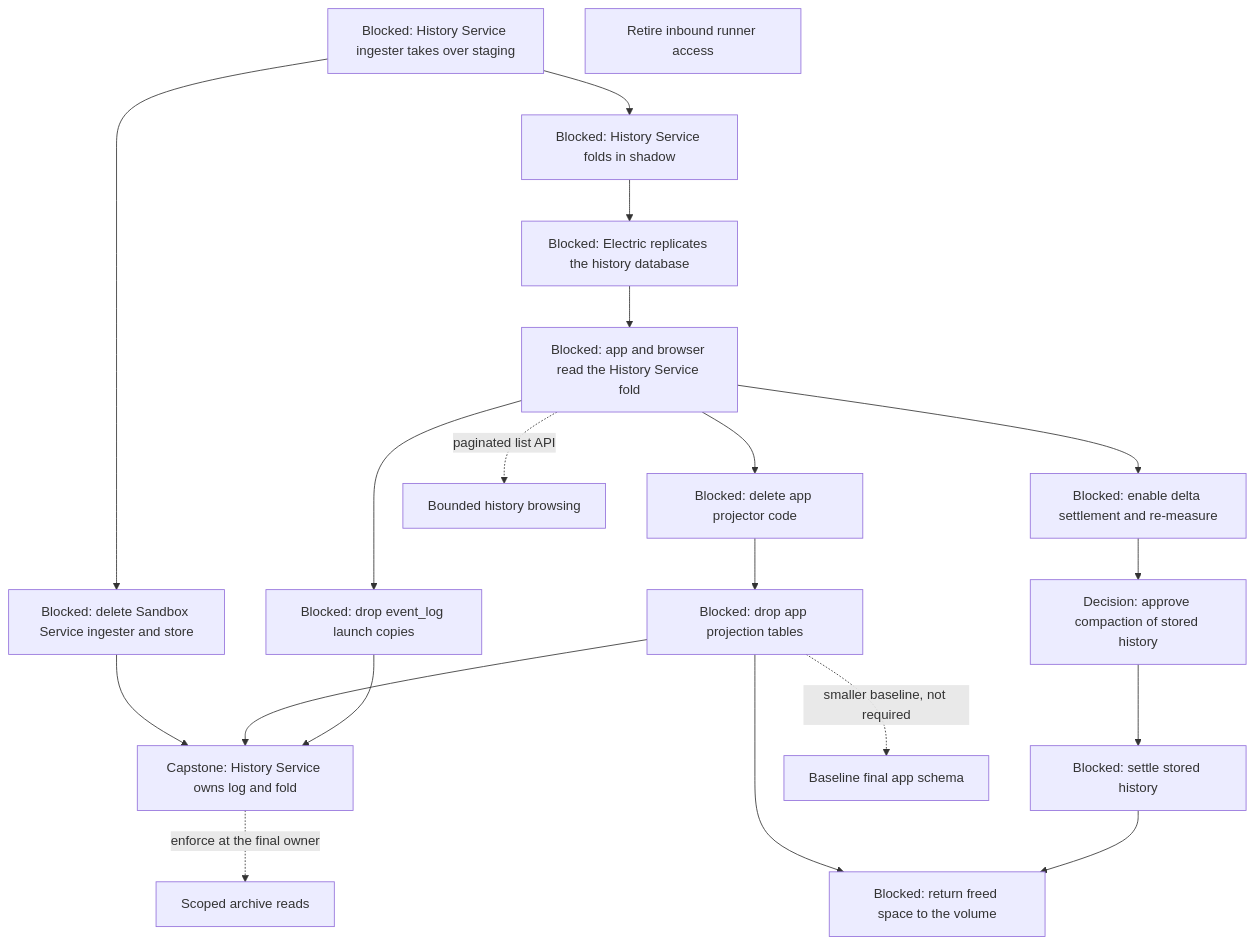
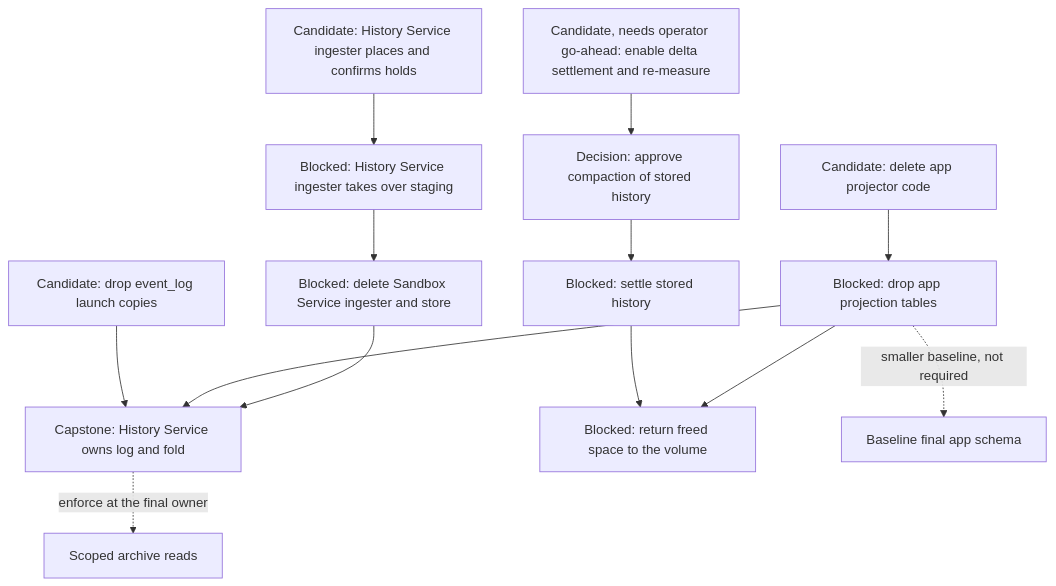
The eighth of 11 diagrams in agentplane/plans/task_dag.md (agentydragon-agent/ducktape), drawn with Mermaid before and after one commit. The commit also changed other lines of this file and 6 other files, not shown here.

First line of the commit message:
agentplane/plans: burn down the finished fold cutover nodes (#9814)

````diff
--- a/agentplane/plans/task_dag.md
+++ b/agentplane/plans/task_dag.md
@@ -643,38 +631,28 @@
 ```mermaid
 flowchart TD
+    HISTORY_RETENTION_HOLDS[Candidate: History Service ingester places and confirms holds]
     HISTORY_WRITE_HANDOFF[Blocked: History Service ingester takes over staging]
     SANDBOX_LOCAL_HISTORY_RETIRE[Blocked: delete Sandbox Service ingester and store]
-    FOLD_SHADOW[Blocked: History Service folds in shadow]
-    ELECTRIC_HISTORY_SOURCE[Blocked: Electric replicates the history database]
-    FOLD_READ_CUTOVER[Blocked: app and browser read the History Service fold]
-    APP_PROJECTOR_RETIRE[Blocked: delete app projector code]
+    APP_PROJECTOR_RETIRE[Candidate: delete app projector code]
     APP_PROJECTION_RETIRE[Blocked: drop app projection tables]
-    APP_EVENT_LOG_COPIES_RETIRE[Blocked: drop event_log launch copies]
+    APP_EVENT_LOG_COPIES_RETIRE[Candidate: drop event_log launch copies]
     HISTORY_SERVICE_OWNERSHIP[Capstone: History Service owns log and fold]
-    SESSION_EVENT_RETENTION_ENABLE[Blocked: enable delta settlement and re-measure]
+    SESSION_EVENT_RETENTION_ENABLE[Candidate, needs operator go-ahead: enable delta settlement and re-measure]
     SESSION_EVENT_COMPACTION_PLAN[Decision: approve compaction of stored history]
     SESSION_EVENT_COMPACTION[Blocked: settle stored history]
     HISTORY_REPACK[Blocked: return freed space to the volume]
     APP_ALEMBIC_SQUASH[Baseline final app schema]
-    THREAD_BROWSE_PAGINATE[Bounded history browsing]
     THREAD_READ_POLICY[Scoped archive reads]
-    RUNNER_INBOUND_RETIRE[Retire inbound runner access]
+    HISTORY_RETENTION_HOLDS --> HISTORY_WRITE_HANDOFF
     HISTORY_WRITE_HANDOFF --> SANDBOX_LOCAL_HISTORY_RETIRE
-    HISTORY_WRITE_HANDOFF --> FOLD_SHADOW
-    FOLD_SHADOW --> ELECTRIC_HISTORY_SOURCE
-    FOLD_READ_CUTOVER -. paginated list API .-> THREAD_BROWSE_PAGINATE
-    ELECTRIC_HISTORY_SOURCE --> FOLD_READ_CUTOVER
-    FOLD_READ_CUTOVER --> APP_PROJECTOR_RETIRE
     APP_PROJECTOR_RETIRE --> APP_PROJECTION_RETIRE
-    FOLD_READ_CUTOVER --> APP_EVENT_LOG_COPIES_RETIRE
     APP_EVENT_LOG_COPIES_RETIRE --> HISTORY_SERVICE_OWNERSHIP
     APP_PROJECTION_RETIRE --> HISTORY_SERVICE_OWNERSHIP
     SANDBOX_LOCAL_HISTORY_RETIRE --> HISTORY_SERVICE_OWNERSHIP
-    FOLD_READ_CUTOVER --> SESSION_EVENT_RETENTION_ENABLE
     SESSION_EVENT_RETENTION_ENABLE --> SESSION_EVENT_COMPACTION_PLAN
     SESSION_EVENT_COMPACTION_PLAN --> SESSION_EVENT_COMPACTION
     SESSION_EVENT_COMPACTION --> HISTORY_REPACK
     APP_PROJECTION_RETIRE --> HISTORY_REPACK
     APP_PROJECTION_RETIRE -. smaller baseline, not required .-> APP_ALEMBIC_SQUASH
     HISTORY_SERVICE_OWNERSHIP -. enforce at the final owner .-> THREAD_READ_POLICY
 ```
````
